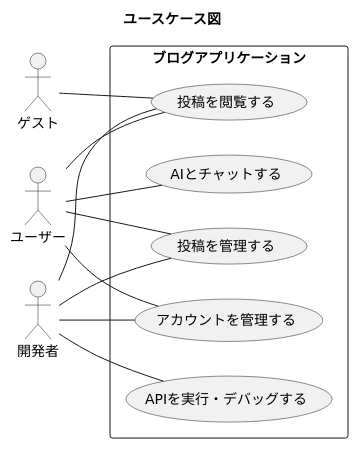
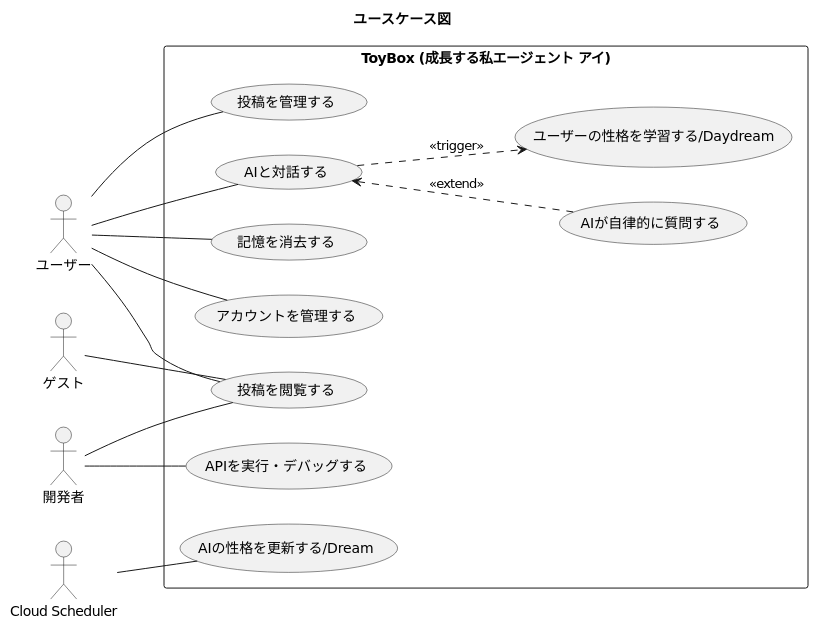
The first of 10 diagrams in doc/1.SPEC.md (prankster-freedom/ToyBox), drawn with PlantUML before and after one commit. The commit also changed other lines of this file and 1 other file, not shown here.

````diff
--- a/doc/1.SPEC.md
+++ b/doc/1.SPEC.md
@@ -80,22 +97,28 @@
 ```plantuml
 @startuml
 title ユースケース図
 left to right direction
 
 actor "ゲスト" as Guest
 actor "ユーザー" as User
 actor "開発者" as Developer
+actor "Cloud Scheduler" as Scheduler
 
-rectangle "ブログアプリケーション" as App {
+rectangle "ToyBox (成長する私エージェント アイ)" {
   User -- (アカウントを管理する)
   User -- (投稿を管理する)
-  User -- (AIとチャットする)
+  User -- (AIと対話する)
+  User -- (記憶を消去する)
+
   Guest -- (投稿を閲覧する)
   User -- (投稿を閲覧する)
   Developer -- (投稿を閲覧する)
   Developer -- (APIを実行・デバッグする)
-  Developer -- (アカウントを管理する)
-  Developer -- (投稿を管理する)
+
+  (AIと対話する) <.. (AIが自律的に質問する) : <<extend>>
+  (AIと対話する) ..> (ユーザーの性格を学習する/Daydream) : <<trigger>>
+
+  Scheduler -- (AIの性格を更新する/Dream)
 }
 @enduml
 ```
````
